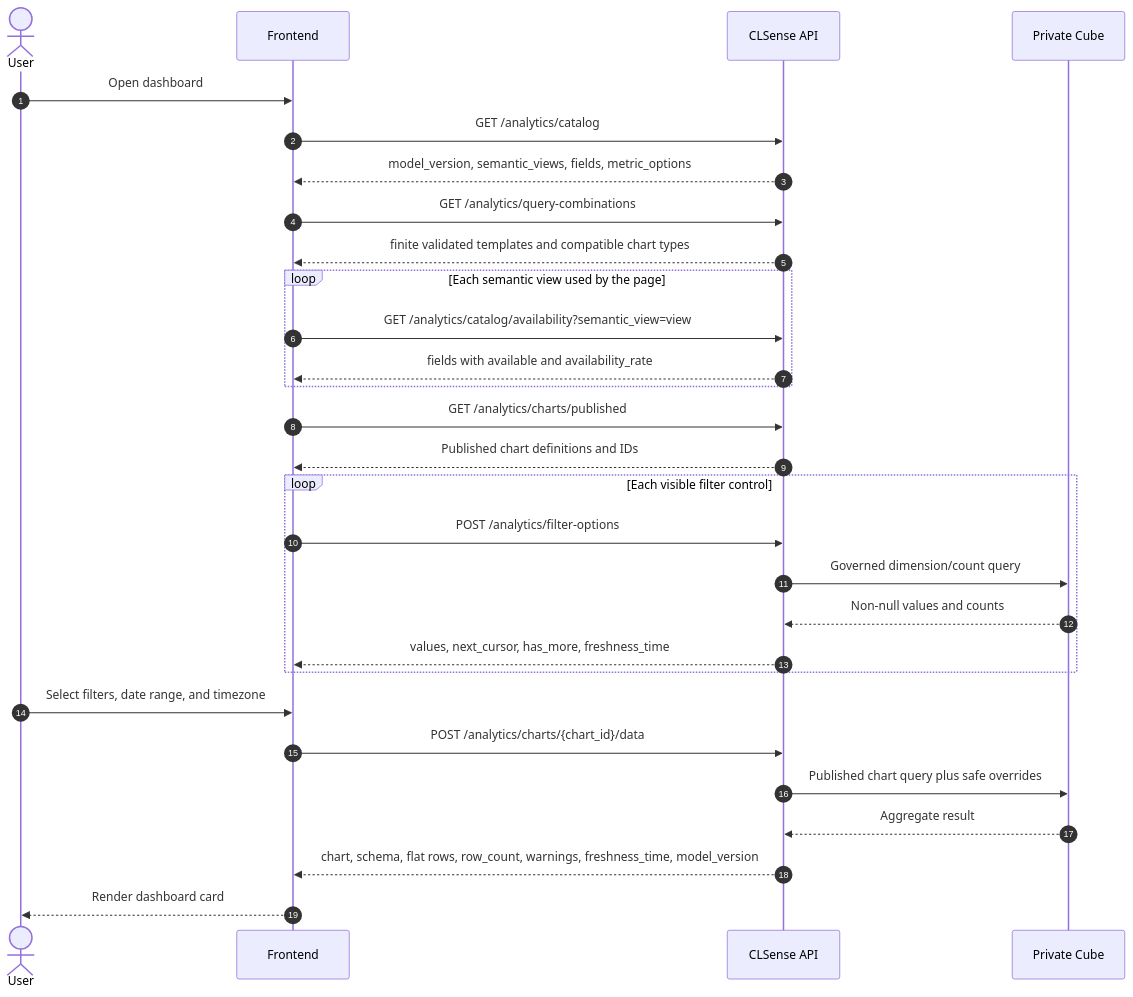
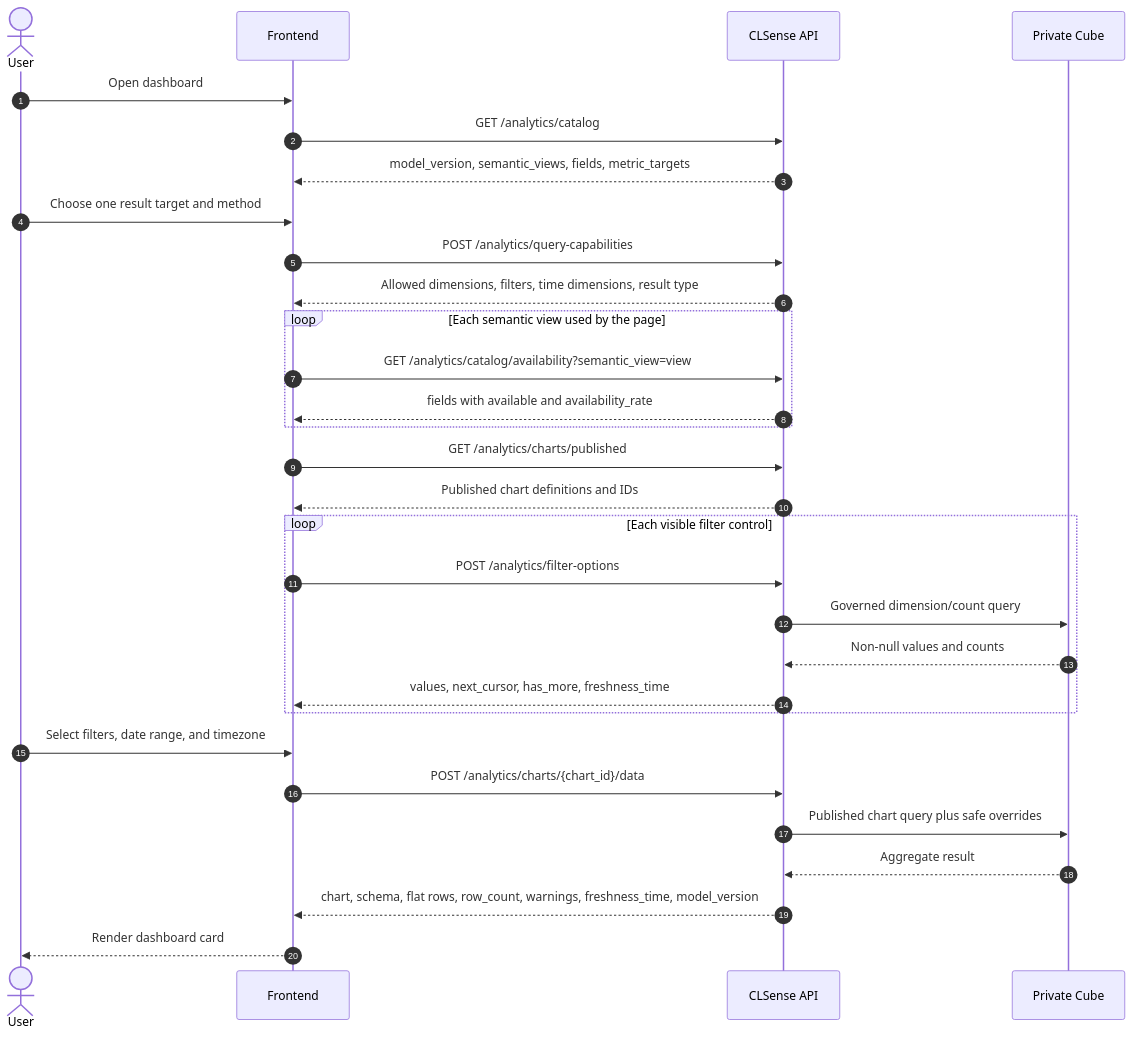
The second of 3 diagrams in docs/FRONTEND_DASHBOARD_ANALYTICS_WORKFLOW.md (jimmy0905/CLS-2-Backend), drawn with Mermaid before and after one commit. The commit also changed other lines of this file and 23 other files, not shown here.

````diff
--- a/docs/FRONTEND_DASHBOARD_ANALYTICS_WORKFLOW.md
+++ b/docs/FRONTEND_DASHBOARD_ANALYTICS_WORKFLOW.md
@@ -56,36 +59,37 @@
 ```mermaid
 sequenceDiagram
     autonumber
     actor User
     participant FE as Frontend
     participant API as CLSense API
     participant Cube as Private Cube
 
     User->>FE: Open dashboard
     FE->>API: GET /analytics/catalog
-    API-->>FE: model_version, semantic_views, fields, metric_options
-    FE->>API: GET /analytics/query-combinations
-    API-->>FE: finite validated templates and compatible chart types
+    API-->>FE: model_version, semantic_views, fields, metric_targets
+    User->>FE: Choose one result target and method
+    FE->>API: POST /analytics/query-capabilities
+    API-->>FE: Allowed dimensions, filters, time dimensions, result type
 
     loop Each semantic view used by the page
         FE->>API: GET /analytics/catalog/availability?semantic_view=view
         API-->>FE: fields with available and availability_rate
     end
 
     FE->>API: GET /analytics/charts/published
     API-->>FE: Published chart definitions and IDs
 
     loop Each visible filter control
         FE->>API: POST /analytics/filter-options
         API->>Cube: Governed dimension/count query
         Cube-->>API: Non-null values and counts
         API-->>FE: values, next_cursor, has_more, freshness_time
     end
 
     User->>FE: Select filters, date range, and timezone
     FE->>API: POST /analytics/charts/{chart_id}/data
     API->>Cube: Published chart query plus safe overrides
     Cube-->>API: Aggregate result
     API-->>FE: chart, schema, flat rows, row_count, warnings, freshness_time, model_version
     FE-->>User: Render dashboard card
 ```
````
